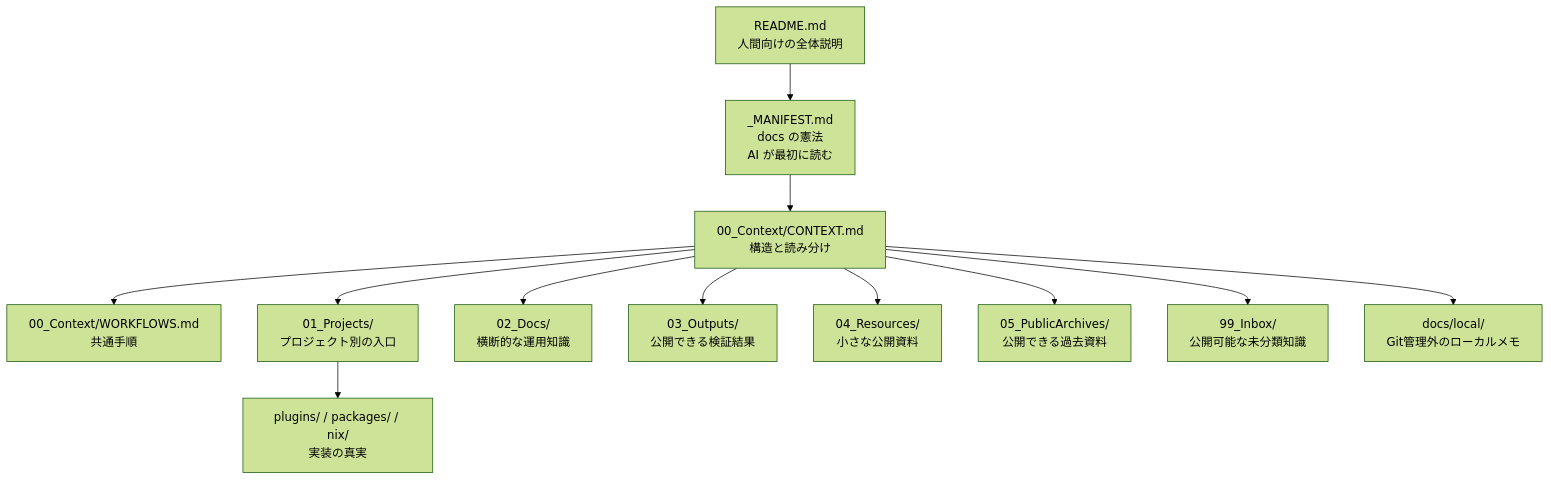
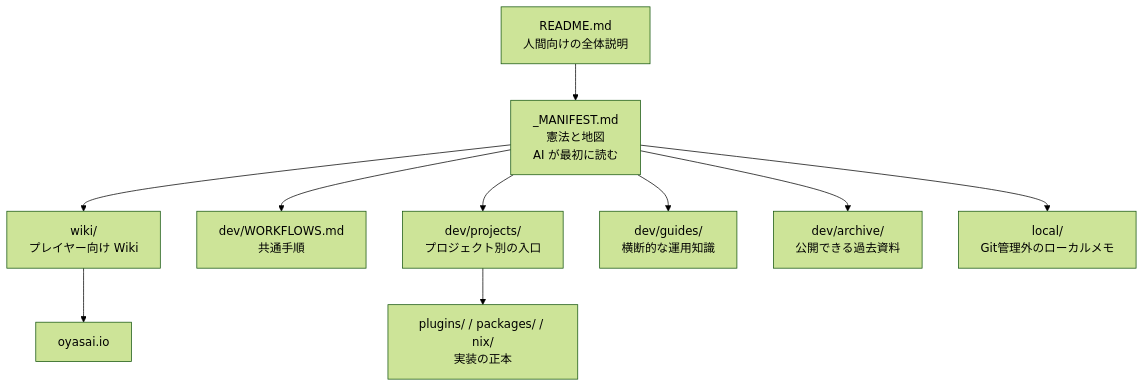
The diagram in docs/README.md (oyasaiserver/platform), drawn with Mermaid (forest theme) before and after one commit. The commit also changed other lines of this file and 258 other files, not shown here.

First line of the commit message:
docs: wiki/ と dev/ の2区画に再編し、相対リンクでつなぐ

````diff
--- a/docs/README.md
+++ b/docs/README.md
@@ -27,27 +18,23 @@
 ```mermaid
 flowchart TD
   Readme["README.md<br/>人間向けの全体説明"]
-  Root["_MANIFEST.md<br/>docs の憲法<br/>AI が最初に読む"]
-  Context["00_Context/CONTEXT.md<br/>構造と読み分け"]
-  Workflows["00_Context/WORKFLOWS.md<br/>共通手順"]
-  Projects["01_Projects/<br/>プロジェクト別の入口"]
-  SharedDocs["02_Docs/<br/>横断的な運用知識"]
-  Outputs["03_Outputs/<br/>公開できる検証結果"]
-  Resources["04_Resources/<br/>小さな公開資料"]
-  Archives["05_PublicArchives/<br/>公開できる過去資料"]
-  Inbox["99_Inbox/<br/>公開可能な未分類知識"]
-  Local["docs/local/<br/>Git管理外のローカルメモ"]
-  Impl["plugins/ / packages/ / nix/<br/>実装の真実"]
+  Root["_MANIFEST.md<br/>憲法と地図<br/>AI が最初に読む"]
+  Wiki["wiki/<br/>プレイヤー向け Wiki"]
+  Workflows["dev/WORKFLOWS.md<br/>共通手順"]
+  Projects["dev/projects/<br/>プロジェクト別の入口"]
+  Guides["dev/guides/<br/>横断的な運用知識"]
+  Archive["dev/archive/<br/>公開できる過去資料"]
+  Local["local/<br/>Git管理外のローカルメモ"]
+  Impl["plugins/ / packages/ / nix/<br/>実装の正本"]
+  Site["oyasai.io"]
 
   Readme --> Root
-  Root --> Context
-  Context --> Workflows
-  Context --> Projects
-  Context --> SharedDocs
-  Context --> Outputs
-  Context --> Resources
-  Context --> Archives
-  Context --> Inbox
-  Context --> Local
+  Root --> Wiki
+  Root --> Workflows
+  Root --> Projects
+  Root --> Guides
+  Root --> Archive
+  Root --> Local
   Projects --> Impl
+  Wiki --> Site
 ```
````
